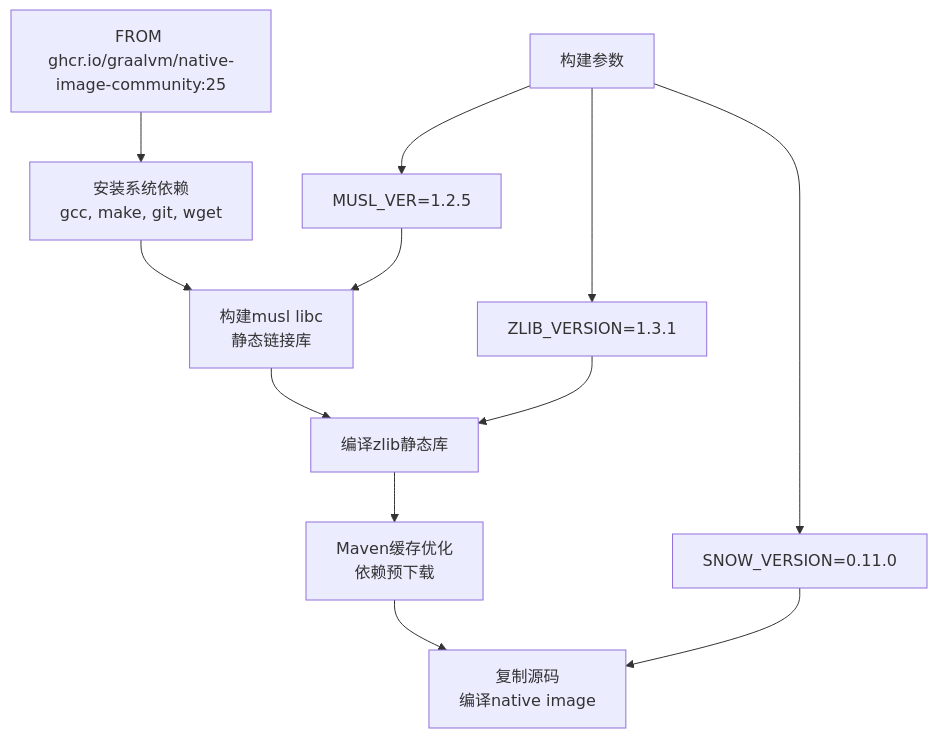
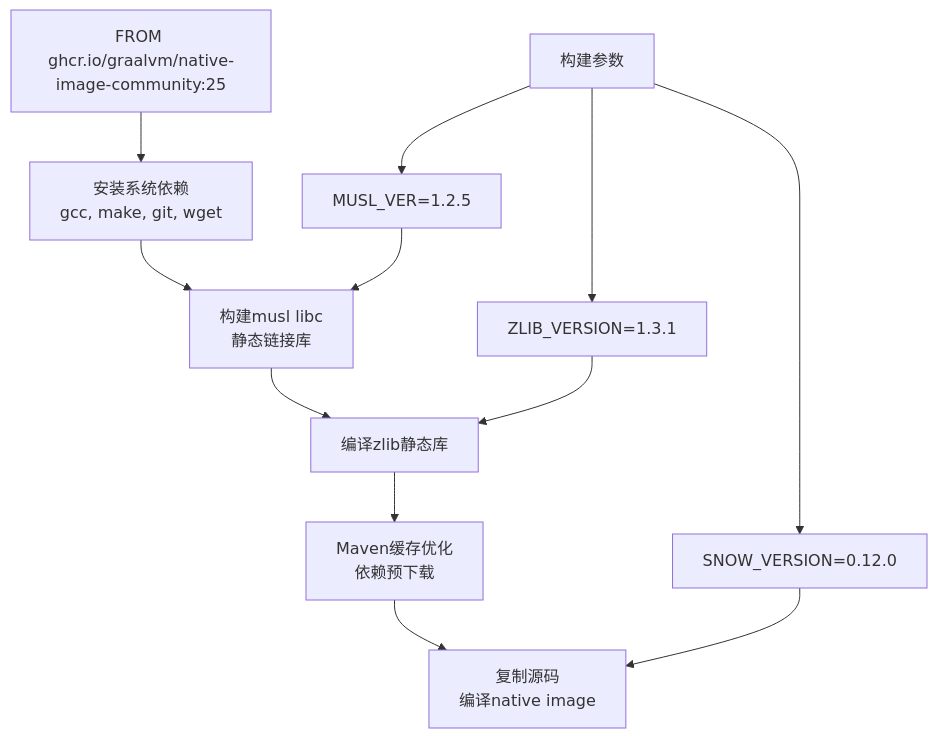
Before and after one commit to jcnc-org/Snow: the second of 25 diagrams in .qoder/repowiki/zh/content/部署与集成/Docker部署.md, drawn with Mermaid. The commit also changed other lines of this file and 14 other files, not shown here.

````diff
--- a/.qoder/repowiki/zh/content/部署与集成/Docker部署.md
+++ b/.qoder/repowiki/zh/content/部署与集成/Docker部署.md
@@ -82,14 +82,14 @@
 ```mermaid
 flowchart TD
 A["FROM ghcr.io/graalvm/native-image-community:25"] --> B["安装系统依赖<br/>gcc, make, git, wget"]
 B --> C["构建musl libc<br/>静态链接库"]
 C --> D["编译zlib静态库"]
 D --> E["Maven缓存优化<br/>依赖预下载"]
 E --> F["复制源码<br/>编译native image"]
 G["构建参数"] --> H["MUSL_VER=1.2.5"]
 G --> I["ZLIB_VERSION=1.3.1"]
-G --> J["SNOW_VERSION=0.11.0"]
+G --> J["SNOW_VERSION=0.12.0"]
 H --> C
 I --> D
 J --> F
 ```
````
